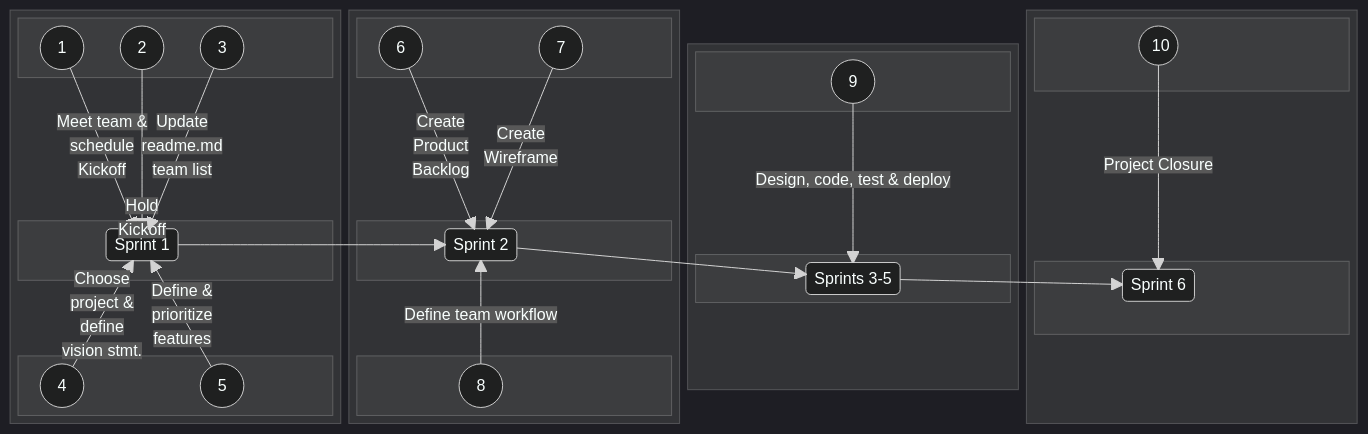
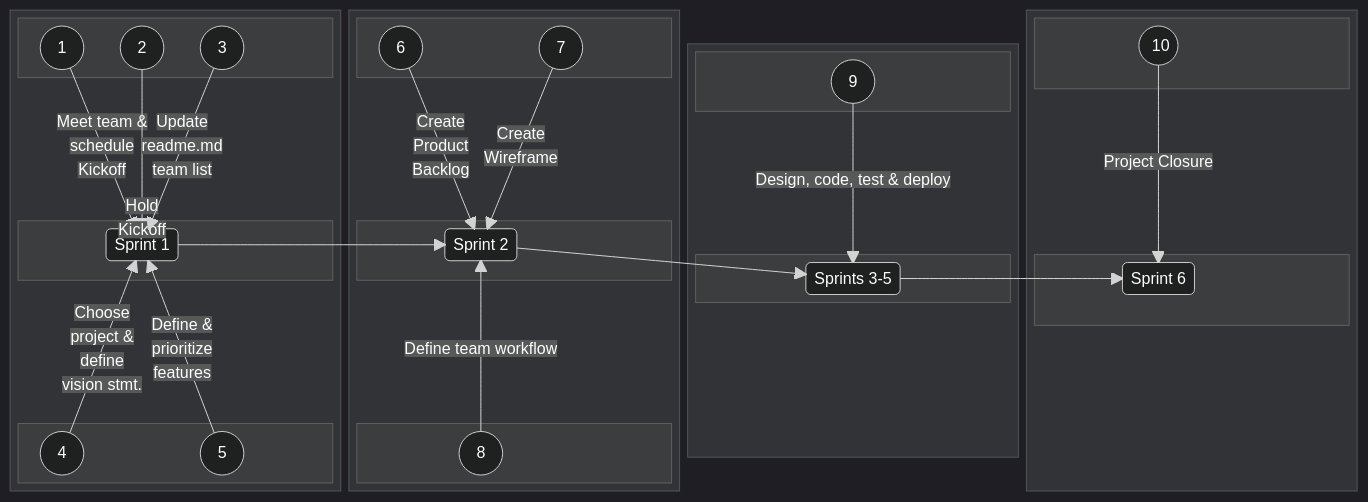
The second of 2 diagrams in README.md (jdmedlock/mermaid_testing), drawn with Mermaid before and after one commit.

Commit message:
Feature: Experiment with horizontal block diagram layout

```diff
--- a/README.md
+++ b/README.md
@@ -115,6 +115,7 @@
         SPRINT1("&nbsp;Sprint 1&nbsp;")
         space
       end
+      space
       space
       block:B1BOTTOM
         columns 3
@@ -146,6 +147,7 @@
         space
       end
       space
+      space
       block:B2BOTTOM
         columns 3
         space
@@ -174,6 +176,7 @@
         space
       end
       space
+      space
       A9 -- "Design, code, test & deploy" --> SPRINTS35
     end
 
@@ -194,6 +197,7 @@
         space
       end
       space
+      space
       A10 -- "Project Closure" --> SPRINT6
     end
 
```
